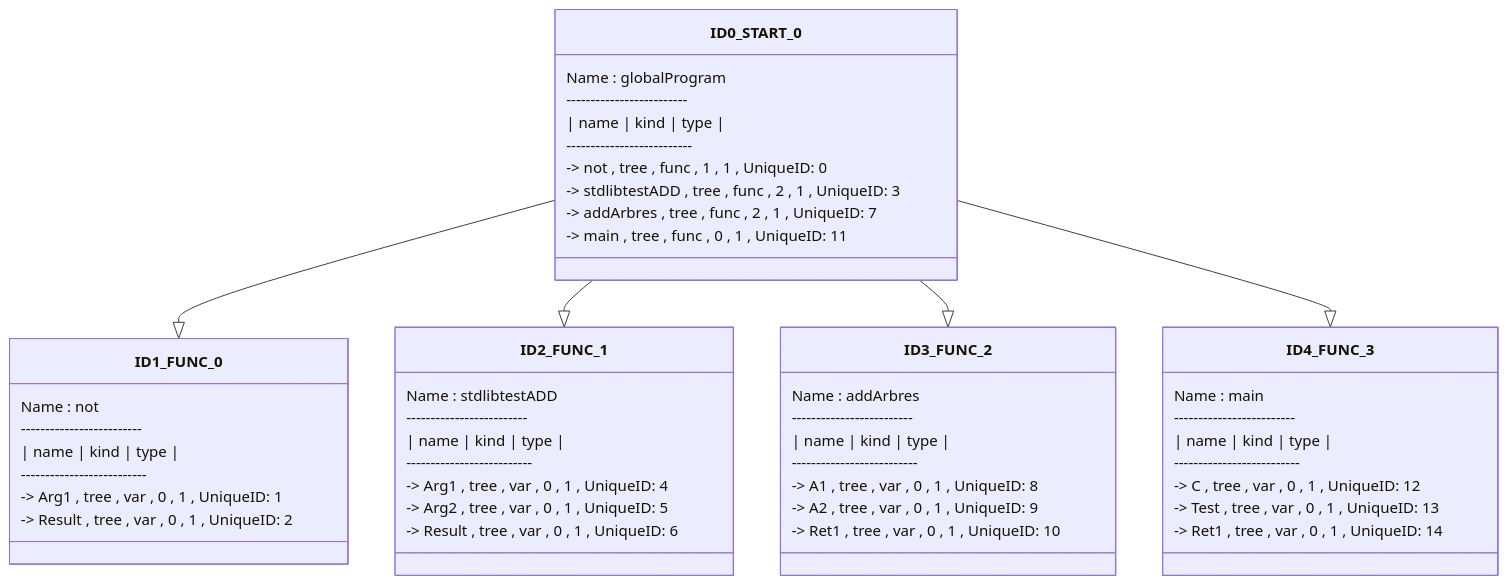
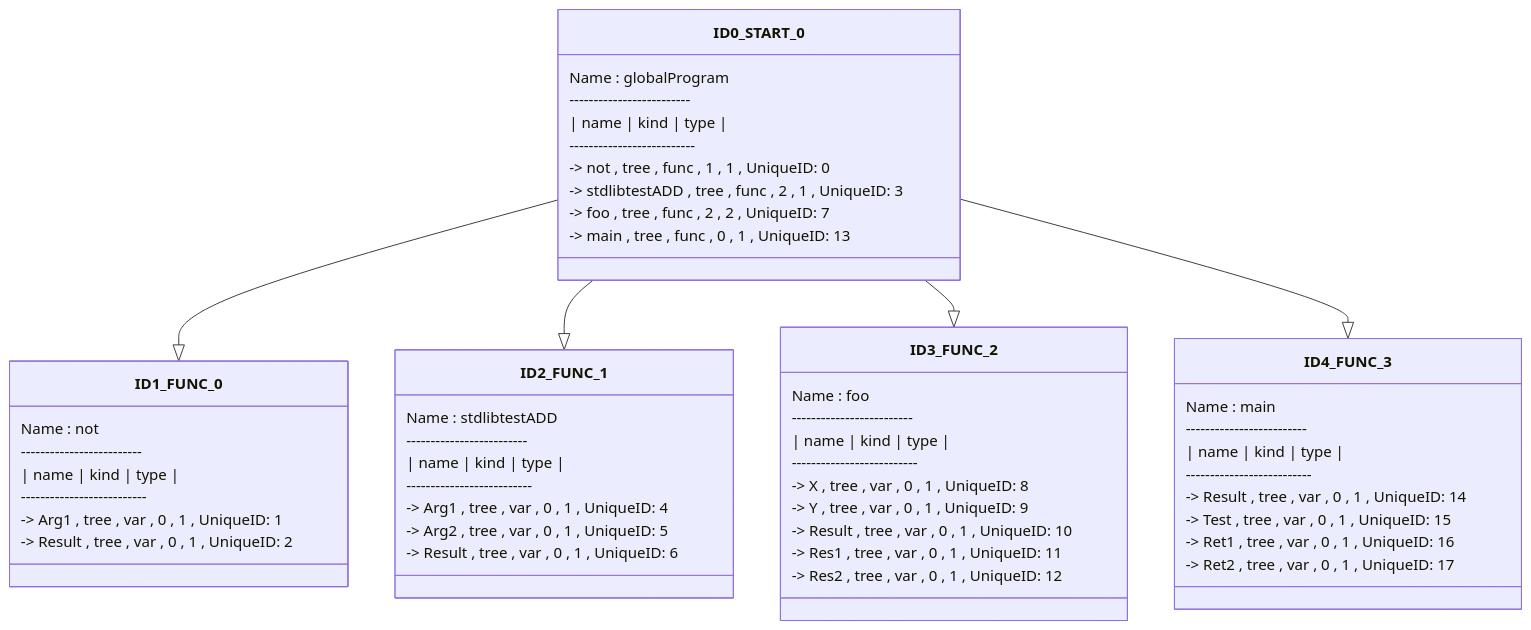
One commit to lumi-git/TLC_Project_While changed the diagram in src/main/java/TLC/CompilerWhile/GeneratedDiagrams/SymbolTable.md. Above: the diagram before and after it, drawn with Mermaid. The commit also changed 239 other files, not shown here.

````diff
--- a/src/main/java/TLC/CompilerWhile/GeneratedDiagrams/SymbolTable.md
+++ b/src/main/java/TLC/CompilerWhile/GeneratedDiagrams/SymbolTable.md
@@ -1,76 +1,82 @@
 ```mermaid
 classDiagram 
 class ID0_START_0{
    Name : globalProgram
    -------------------------
    | name | kind | type |
    --------------------------
    ->   not , tree , func , 1 , 1 , UniqueID: 0
 
    ->   stdlibtestADD , tree , func , 2 , 1 , UniqueID: 3
 
-   ->   addArbres , tree , func , 2 , 1 , UniqueID: 7
+   ->   foo , tree , func , 2 , 2 , UniqueID: 7
 
-   ->   main , tree , func , 0 , 1 , UniqueID: 11
+   ->   main , tree , func , 0 , 1 , UniqueID: 13
 
 }
 
 class ID1_FUNC_0{
    Name : not
    -------------------------
    | name | kind | type |
    --------------------------
    ->   Arg1 , tree , var , 0 , 1 , UniqueID: 1
 
    ->   Result , tree , var , 0 , 1 , UniqueID: 2
 
 }
 
 class ID2_FUNC_1{
    Name : stdlibtestADD
    -------------------------
    | name | kind | type |
    --------------------------
    ->   Arg1 , tree , var , 0 , 1 , UniqueID: 4
 
    ->   Arg2 , tree , var , 0 , 1 , UniqueID: 5
 
    ->   Result , tree , var , 0 , 1 , UniqueID: 6
 
 }
 
 class ID3_FUNC_2{
-   Name : addArbres
+   Name : foo
    -------------------------
    | name | kind | type |
    --------------------------
-   ->   A1 , tree , var , 0 , 1 , UniqueID: 8
+   ->   X , tree , var , 0 , 1 , UniqueID: 8
 
-   ->   A2 , tree , var , 0 , 1 , UniqueID: 9
+   ->   Y , tree , var , 0 , 1 , UniqueID: 9
 
-   ->   Ret1 , tree , var , 0 , 1 , UniqueID: 10
+   ->   Result , tree , var , 0 , 1 , UniqueID: 10
+
+   ->   Res1 , tree , var , 0 , 1 , UniqueID: 11
+
+   ->   Res2 , tree , var , 0 , 1 , UniqueID: 12
 
 }
 
 class ID4_FUNC_3{
    Name : main
    -------------------------
    | name | kind | type |
    --------------------------
-   ->   C , tree , var , 0 , 1 , UniqueID: 12
+   ->   Result , tree , var , 0 , 1 , UniqueID: 14
 
-   ->   Test , tree , var , 0 , 1 , UniqueID: 13
+   ->   Test , tree , var , 0 , 1 , UniqueID: 15
 
-   ->   Ret1 , tree , var , 0 , 1 , UniqueID: 14
+   ->   Ret1 , tree , var , 0 , 1 , UniqueID: 16
+
+   ->   Ret2 , tree , var , 0 , 1 , UniqueID: 17
 
 }
 
 ID0_START_0 --|> ID1_FUNC_0
 
 ID0_START_0 --|> ID2_FUNC_1
 
 ID0_START_0 --|> ID3_FUNC_2
 
 ID0_START_0 --|> ID4_FUNC_3
 
 ```
````
